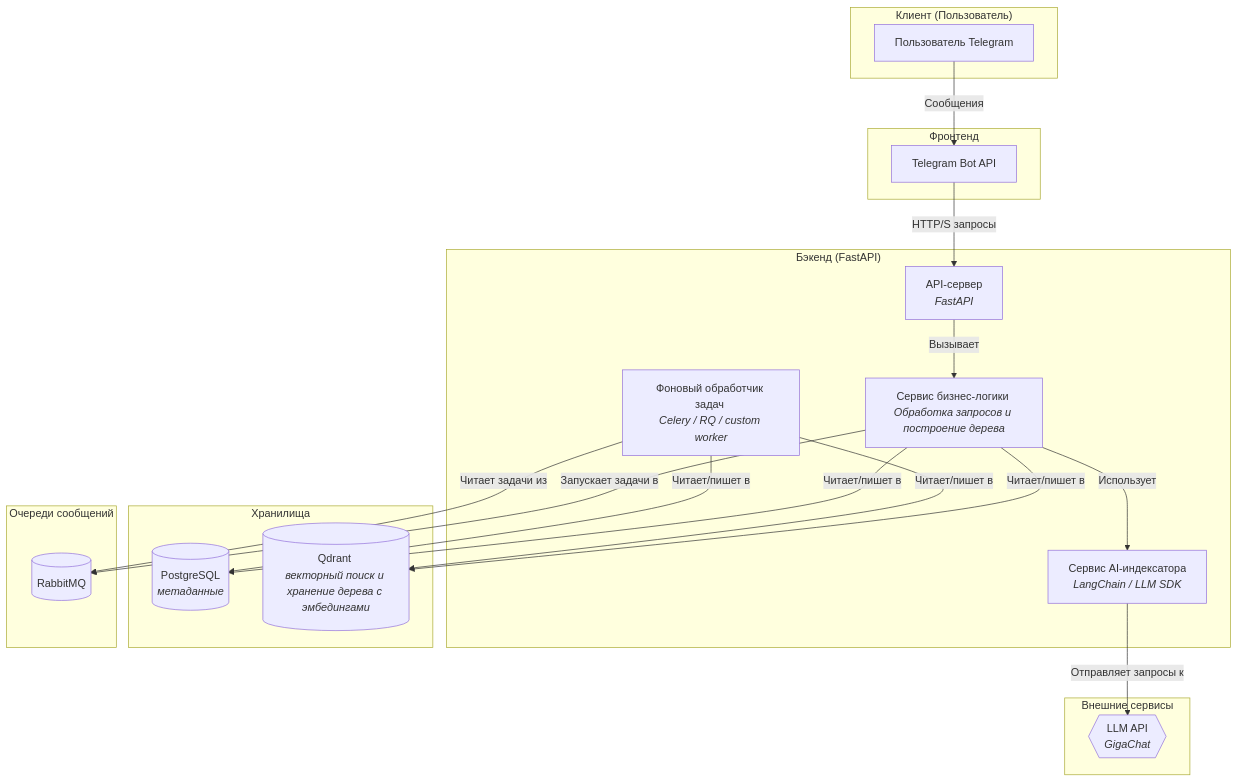
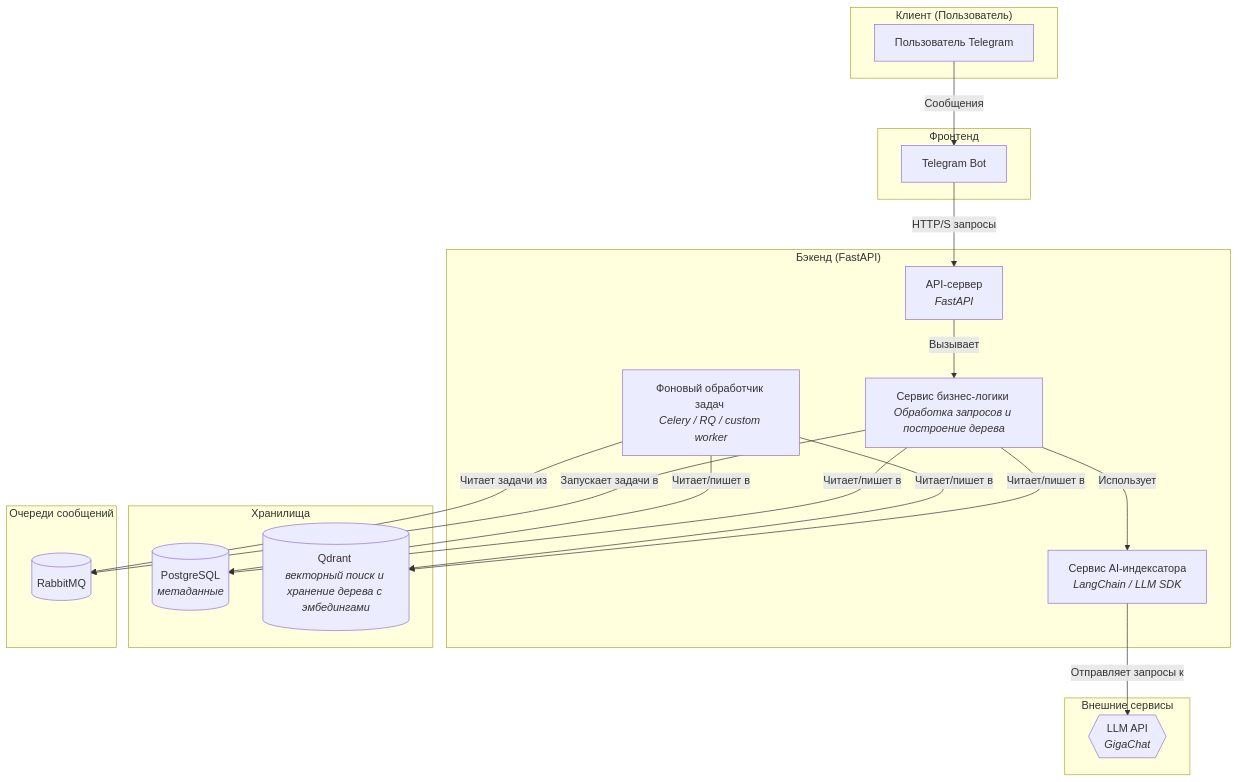
One commit to patolog123/Analyst-3.0 changed the diagram in Анастасия_Друзьянова/architect.MD. Above: the diagram before and after it, drawn with Mermaid.

````diff
--- a/Анастасия_Друзьянова/architect.MD
+++ b/Анастасия_Друзьянова/architect.MD
@@ -1,43 +1,43 @@
 ```mermaid
 graph TD
     subgraph "Клиент (Пользователь)"
         A[Пользователь Telegram]
     end
 
     subgraph "Фронтенд"
-        B[Telegram Bot API]
+        B[Telegram Bot]
     end
 
     subgraph "Бэкенд (FastAPI)"
         C[API-сервер <br><i>FastAPI</i>]
         D[Сервис бизнес-логики <br><i>Обработка запросов и построение дерева</i>]
         E[Сервис AI-индексатора <br><i>LangChain / LLM SDK</i>]
         F[Фоновый обработчик задач <br><i>Celery / RQ / custom worker</i>]
     end
 
     subgraph "Хранилища"
         G[(PostgreSQL <br><i>метаданные</i>)]
         I[(Qdrant <br><i>векторный поиск и хранение дерева с эмбедингами</i>)]
     end
     
     subgraph "Очереди сообщений"
         J[(RabbitMQ)]
     end
 
     subgraph "Внешние сервисы"
         H{{LLM API <br><i>GigaChat</i>}}
     end
 
     %% Связи между компонентами
     A -- Сообщения --> B
     B -- HTTP/S запросы --> C
     C -- Вызывает --> D
     D -- Использует --> E
     D -- Запускает задачи в --> J
     F -- Читает задачи из --> J
     D -- Читает/пишет в --> G
     D -- Читает/пишет в --> I
     F -- Читает/пишет в --> G
     F -- Читает/пишет в --> I
     E -- Отправляет запросы к --> H
 ```
````
